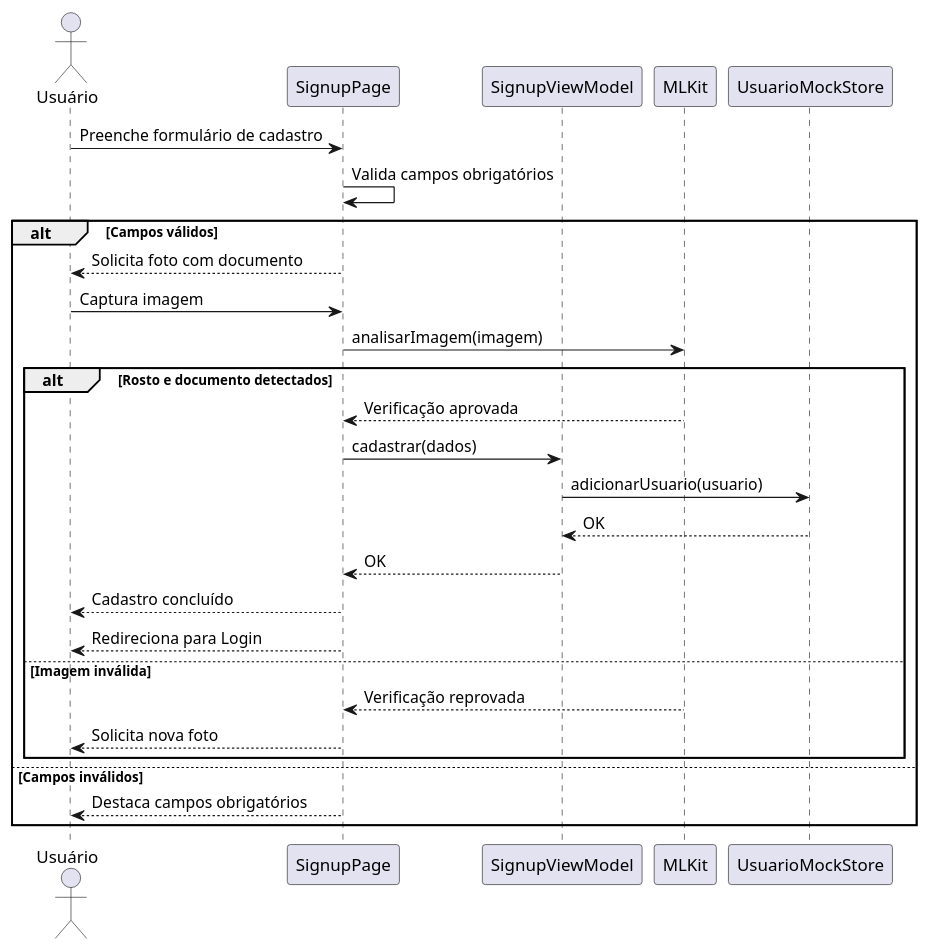
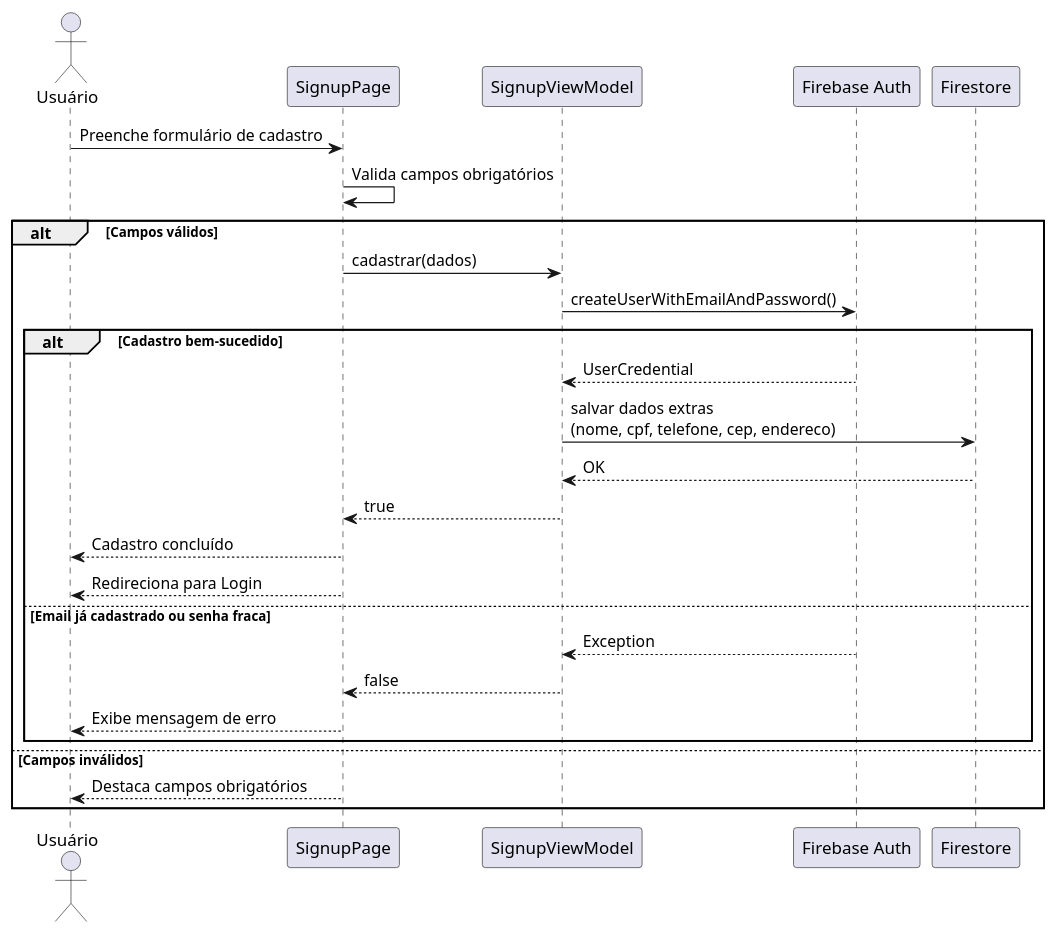
One commit to Tesch-MatheusG/BarraHotel_App01 changed the diagram in docs/diagramas/sequencia/cadastro.puml. Above: the diagram before and after it, drawn with PlantUML. The commit also changed 3 other files, not shown here.

Commit message:
docs: Atualiza alguns dos diagramas para utilizar firebase

```diff
--- a/docs/diagramas/sequencia/cadastro.puml
+++ b/docs/diagramas/sequencia/cadastro.puml
@@ -1,33 +1,31 @@
 @startuml Cadastro
 actor Usuário
 participant "SignupPage" as SP
 participant "SignupViewModel" as SVM
-participant "MLKit" as ML
-participant "UsuarioMockStore" as UMS
+participant "Firebase Auth" as FA
+participant "Firestore" as FS
 
 Usuário -> SP: Preenche formulário de cadastro
 SP -> SP: Valida campos obrigatórios
 
 alt Campos válidos
-    SP --> Usuário: Solicita foto com documento
+    SP -> SVM: cadastrar(dados)
+    SVM -> FA: createUserWithEmailAndPassword()
 
-    Usuário -> SP: Captura imagem
-    SP -> ML: analisarImagem(imagem)
-
-    alt Rosto e documento detectados
-        ML --> SP: Verificação aprovada
-        SP -> SVM: cadastrar(dados)
-        SVM -> UMS: adicionarUsuario(usuario)
-        UMS --> SVM: OK
-        SVM --> SP: OK
+    alt Cadastro bem-sucedido
+        FA --> SVM: UserCredential
+        SVM -> FS: salvar dados extras\n(nome, cpf, telefone, cep, endereco)
+        FS --> SVM: OK
+        SVM --> SP: true
         SP --> Usuário: Cadastro concluído
         SP --> Usuário: Redireciona para Login
-    else Imagem inválida
-        ML --> SP: Verificação reprovada
-        SP --> Usuário: Solicita nova foto
+    else Email já cadastrado ou senha fraca
+        FA --> SVM: Exception
+        SVM --> SP: false
+        SP --> Usuário: Exibe mensagem de erro
     end
 
 else Campos inválidos
     SP --> Usuário: Destaca campos obrigatórios
 end
 @enduml
```
